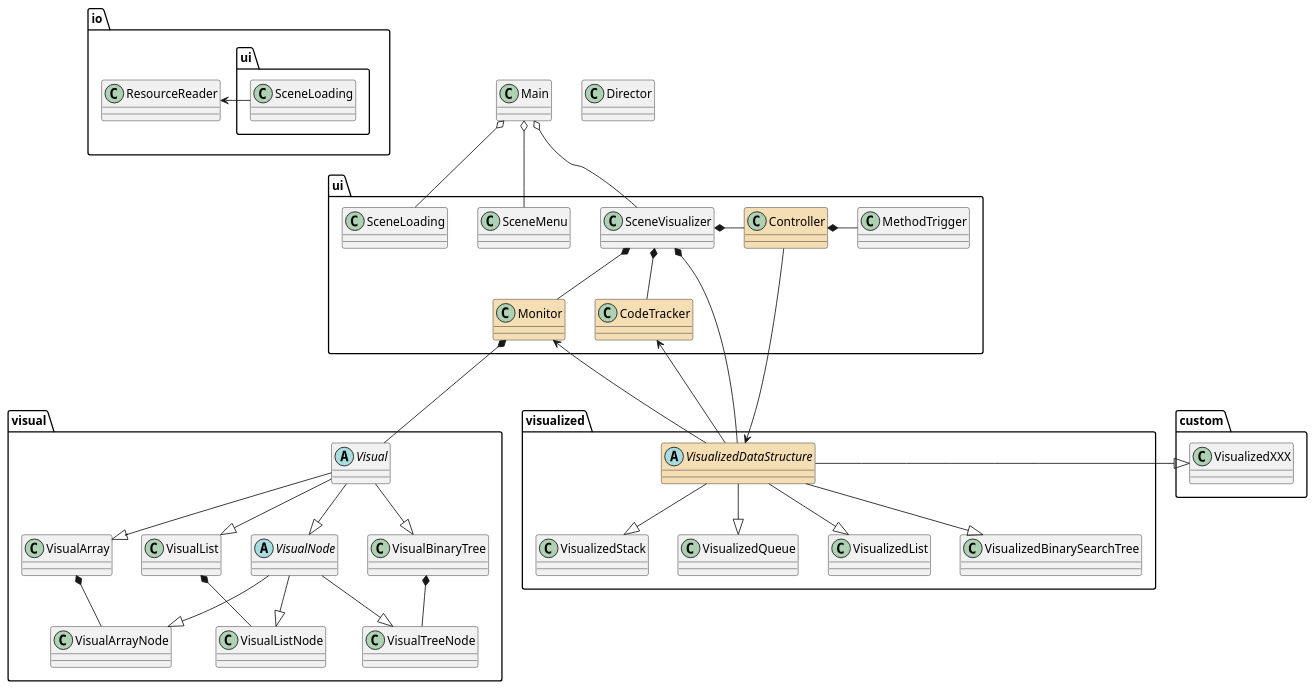
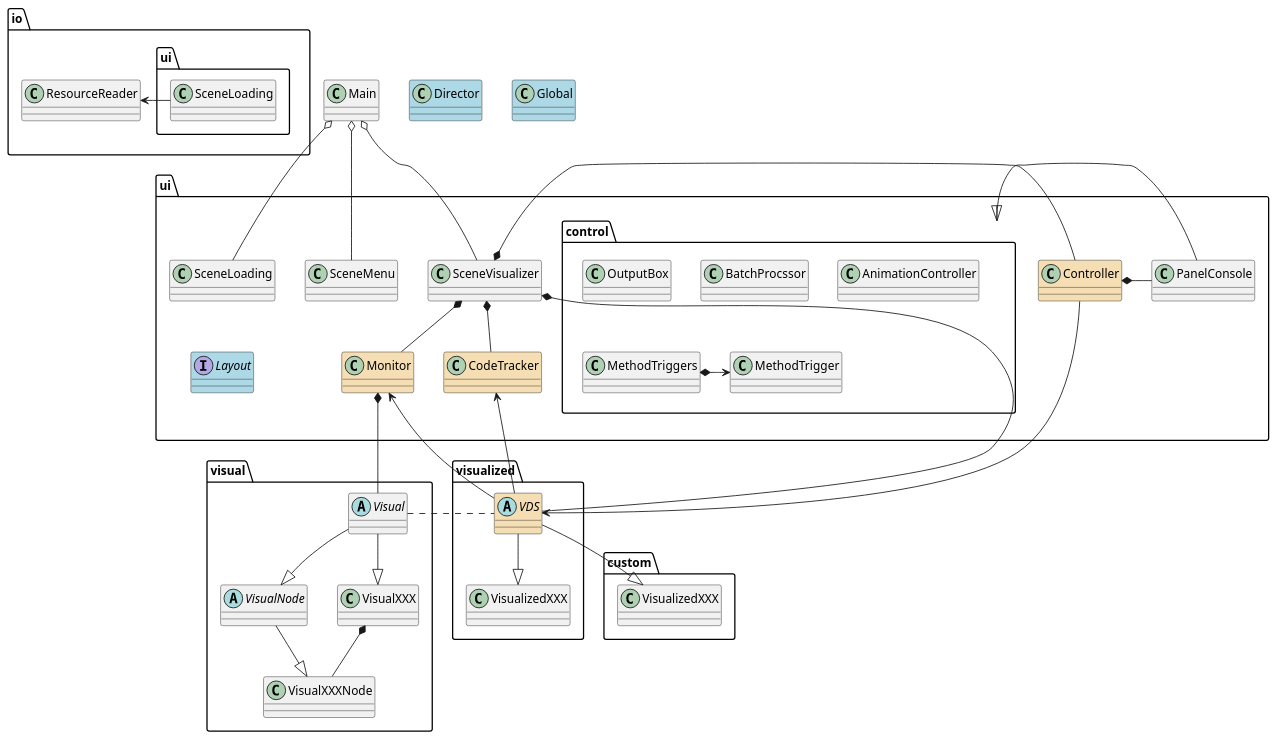
The diagram in design/class-diagram-simplified.puml (JM233333/data-structure-visualizer), drawn with PlantUML before and after one commit. The commit also changed 8 other files, not shown here.

```diff
--- a/design/class-diagram-simplified.puml
+++ b/design/class-diagram-simplified.puml
@@ -1,90 +1,91 @@
 @startuml demo
 
 set namespaceSeparator ::
 
 namespace io {
     class ResourceReader
-
     ui::SceneLoading -left-> ResourceReader
 }
 
 namespace ui {
 
     class SceneLoading
-
     class SceneMenu
-
     class SceneVisualizer
-    
-    class Monitor #wheat
 
     class CodeTracker #wheat
+    class Monitor #wheat
+    class Controller #wheat
 
-    class Controller #wheat
-    class MethodTrigger
+    interface Layout #LightBlue
 
     SceneLoading -right[hidden]-> SceneMenu
     SceneMenu -right[hidden]-> SceneVisualizer
 
-    SceneVisualizer *- Controller
+    SceneVisualizer *-- CodeTracker
     SceneVisualizer *-- Monitor
-    SceneVisualizer *-- CodeTracker
-    Controller *- MethodTrigger
+    SceneVisualizer *-right- Controller
+
+    Monitor -right[hidden]-> CodeTracker
+    SceneLoading -down[hidden]-> Layout
+
+    Controller *-right- PanelConsole
 
 }
 
+allowmixing
+package ui::control {
+    class AnimationController
+    class BatchProcssor
+    class MethodTrigger
+    class MethodTriggers
+    class OutputBox
+    MethodTriggers *-> MethodTrigger
+    OutputBox -down[hidden]-> MethodTriggers
+}
+ui::PanelConsole -right-|> ui::control
+
 namespace visualized {
-
-    abstract class VisualizedDataStructure #wheat
-
-    VisualizedDataStructure --|> VisualizedStack
-    VisualizedDataStructure --|> VisualizedQueue
-    VisualizedDataStructure --|> VisualizedList
-    VisualizedDataStructure --|> VisualizedBinarySearchTree
+    abstract class VDS #wheat
+    VDS --|> VisualizedXXX
 }
 
 namespace visual {
 
     abstract class Visual
-
     abstract class VisualNode
 
-    class VisualArray
+    Visual --|> VisualNode
+    Visual --|> VisualXXX
 
-    Visual --|> VisualNode
-    Visual --|> VisualArray
-    Visual --|> VisualList
-    Visual --|> VisualBinaryTree
+    VisualNode --|> VisualXXXNode
 
-    VisualNode --|> VisualArrayNode
-    VisualNode --|> VisualListNode
-    VisualNode --|> VisualTreeNode
+    VisualXXX *-- VisualXXXNode
 
-    VisualArray *-- VisualArrayNode
-    VisualList *-- VisualListNode
-    VisualBinaryTree *-- VisualTreeNode
 }
 
 namespace custom {
+    class VisualizedXXX
 }
 
 class Main
 
-class Director
+class Director #LightBlue
+class Global #LightBlue
 
 Main o-- ui::SceneLoading
 Main o-- ui::SceneMenu
 Main o-- ui::SceneVisualizer
 
-ui::SceneVisualizer *-- visualized::VisualizedDataStructure
-ui::Controller -down-> visualized::VisualizedDataStructure
-visualized::VisualizedDataStructure -up-> ui::Monitor
-visualized::VisualizedDataStructure -up-> ui::CodeTracker
+ui::SceneVisualizer *-- visualized::VDS
+ui::Controller -down-> visualized::VDS
+visualized::VDS -up-> ui::Monitor
+visualized::VDS -up-> ui::CodeTracker
 
-ui::Monitor *--- visual::Visual
+ui::Monitor *-- visual::Visual
 
-visualized::VisualizedDataStructure -left[hidden]-> visual::Visual
+visualized::VDS .left. visual::Visual
 
-visualized::VisualizedDataStructure -right-|> custom::VisualizedXXX
+visualized::VDS --|> custom::VisualizedXXX
 
 @enduml
```
